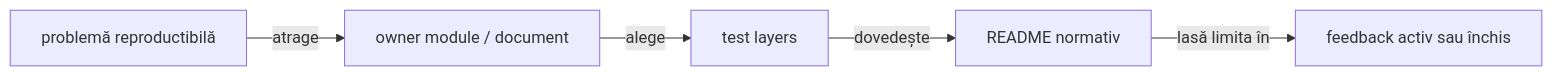
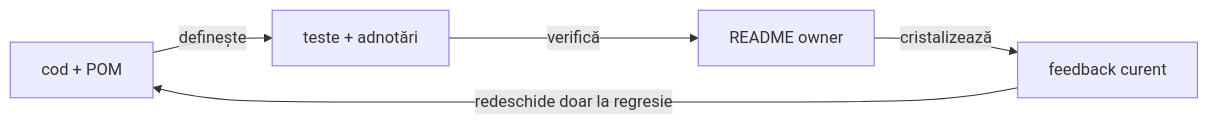
Before and after one commit to crististefanita/demo2: the diagram in docs/feedback/README.md, drawn with Mermaid. The commit also changed other lines of this file and 52 other files, not shown here.

````diff
--- a/docs/feedback/README.md
+++ b/docs/feedback/README.md
@@ -49,7 +14,7 @@
 ```mermaid
 flowchart LR
-    Finding[problemă reproductibilă] -->|atrage| Owner[owner module / document]
-    Owner -->|alege| Test[test layers]
-    Test -->|dovedește| Contract[README normativ]
-    Contract -->|lasă limita în| Registry[feedback activ sau închis]
+    Code["cod + POM"] -->|definește| Tests["teste + adnotări"]
+    Tests -->|verifică| Readme["README owner"]
+    Readme -->|cristalizează| Registry["feedback curent"]
+    Registry -->|redeschide doar la regresie| Code
 ```
````
